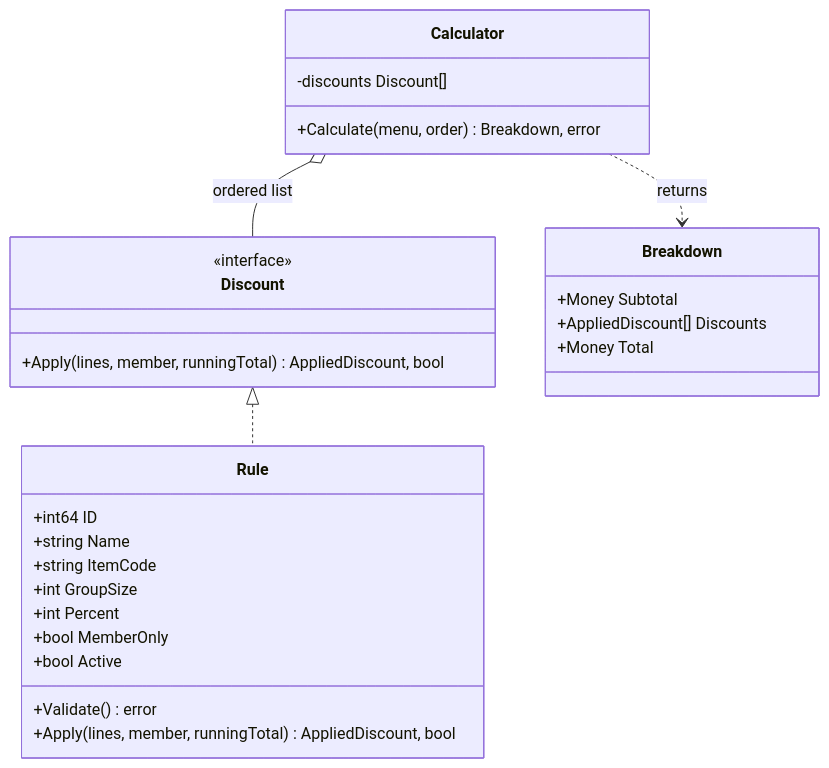
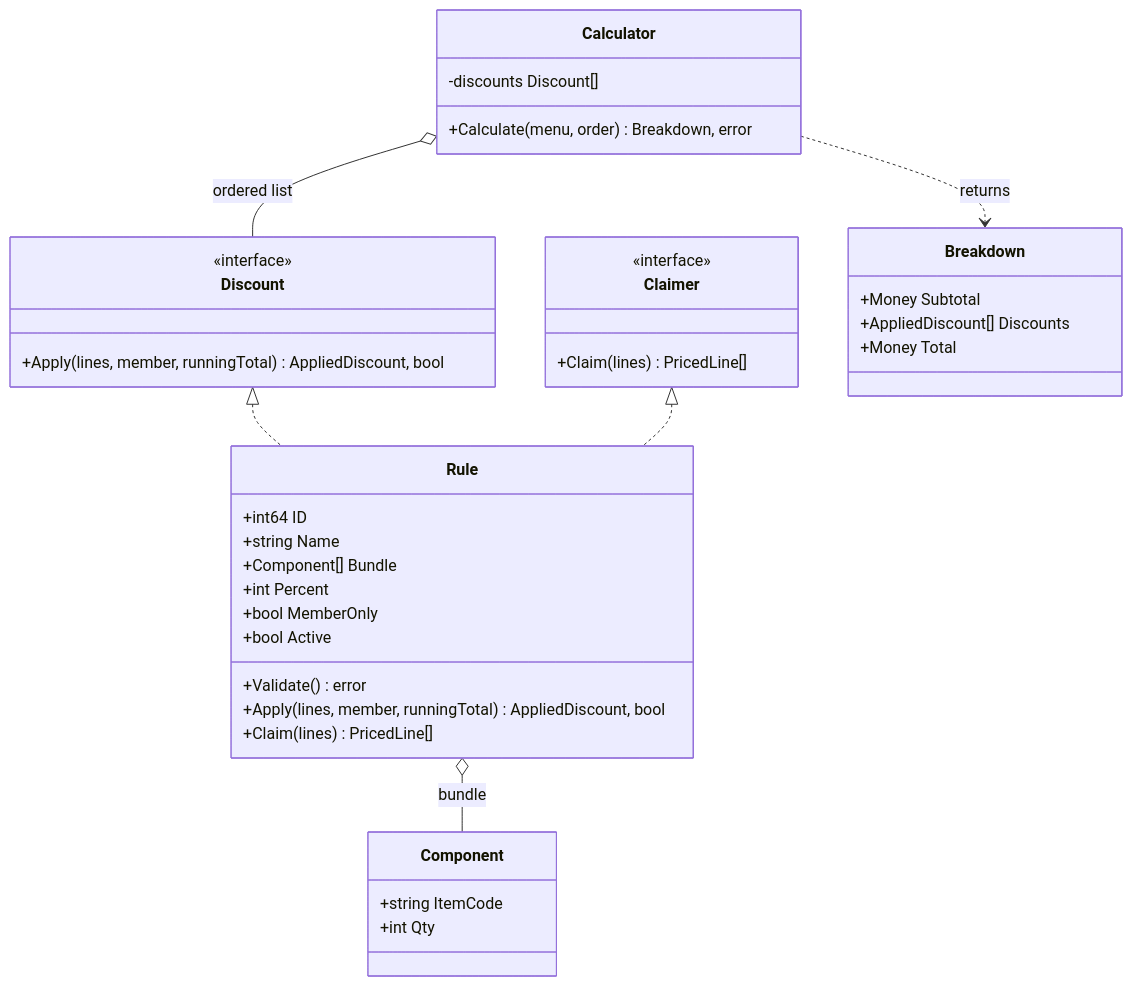
One commit to Gravizz/freshket changed the eighth of 8 diagrams in docs/ARCHITECTURE.md. Above: the diagram before and after it, drawn with Mermaid. The commit also changed other lines of this file and 3 other files, not shown here.

````diff
--- a/docs/ARCHITECTURE.md
+++ b/docs/ARCHITECTURE.md
@@ -297,30 +309,40 @@
 ```mermaid
 classDiagram
     class Discount {
         <<interface>>
         +Apply(lines, member, runningTotal) AppliedDiscount, bool
     }
+    class Claimer {
+        <<interface>>
+        +Claim(lines) PricedLine[]
+    }
+    class Component {
+        +string ItemCode
+        +int Qty
+    }
     class Rule {
         +int64 ID
         +string Name
-        +string ItemCode
-        +int GroupSize
+        +Component[] Bundle
         +int Percent
         +bool MemberOnly
         +bool Active
         +Validate() error
         +Apply(lines, member, runningTotal) AppliedDiscount, bool
+        +Claim(lines) PricedLine[]
     }
     class Calculator {
         -discounts Discount[]
         +Calculate(menu, order) Breakdown, error
     }
     class Breakdown {
         +Money Subtotal
         +AppliedDiscount[] Discounts
         +Money Total
     }
     Discount <|.. Rule
+    Claimer <|.. Rule
+    Rule o-- Component : bundle
     Calculator o-- Discount : ordered list
     Calculator ..> Breakdown : returns
 ```
````
